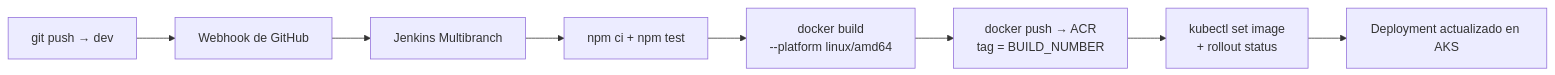
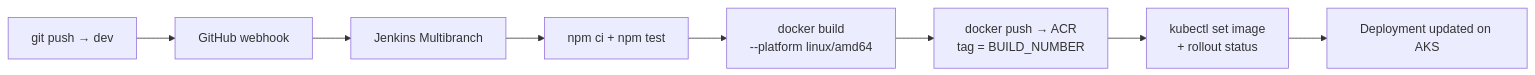
One commit to Rxcxrdx/microfrontends-aks-jenkins changed the third of 3 diagrams in README.md. Above: the diagram before and after it, drawn with Mermaid. The commit also changed other lines of this file, not shown here.

````diff
--- a/README.md
+++ b/README.md
@@ -105,10 +180,10 @@
 ```mermaid
 flowchart LR
-    Push["git push → dev"] --> WH["Webhook de GitHub"]
+    Push["git push → dev"] --> WH["GitHub webhook"]
     WH --> J["Jenkins Multibranch"]
     J --> T["npm ci + npm test"]
     T --> B["docker build<br/>--platform linux/amd64"]
     B --> P["docker push → ACR<br/>tag = BUILD_NUMBER"]
     P --> D["kubectl set image<br/>+ rollout status"]
-    D --> OK["Deployment actualizado en AKS"]
+    D --> OK["Deployment updated on AKS"]
 ```
````
